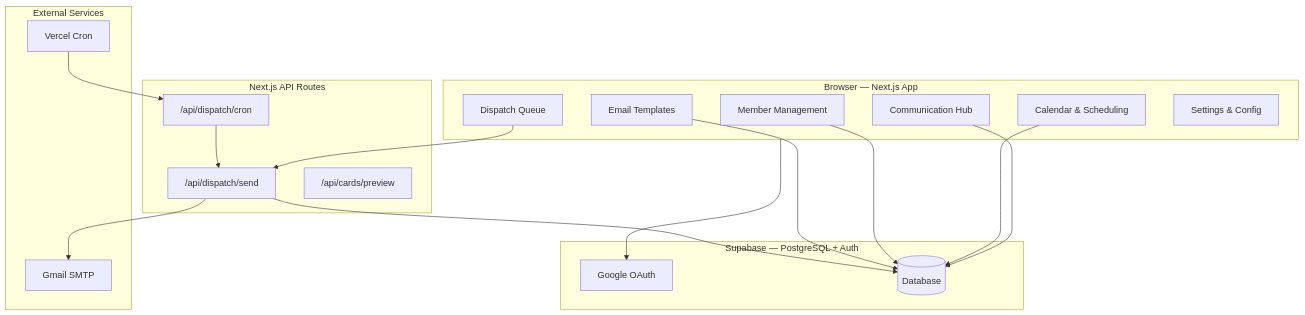
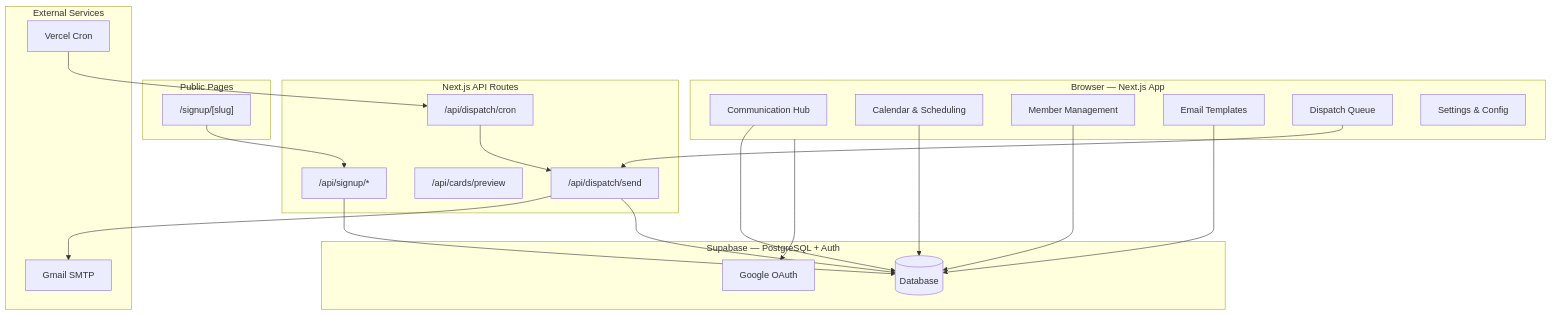
One commit to jpurusho/ccisr-connect changed the first of 5 diagrams in README.md. Above: the diagram before and after it, drawn with Mermaid. The commit also changed other lines of this file, not shown here.

First line of the commit message:
docs: update README with signup forms, template styling, architecture diagrams

````diff
--- a/README.md
+++ b/README.md
@@ -53,38 +72,45 @@
 ```mermaid
 graph TB
     subgraph Client["Browser — Next.js App"]
         Dashboard[Communication Hub]
         Calendar[Calendar & Scheduling]
         Members[Member Management]
         Templates[Email Templates]
         Dispatch[Dispatch Queue]
         Settings[Settings & Config]
     end
 
     subgraph API["Next.js API Routes"]
         SendAPI["/api/dispatch/send"]
         CronAPI["/api/dispatch/cron"]
         PreviewAPI["/api/cards/preview"]
+        SignupAPI["/api/signup/*"]
+    end
+
+    subgraph Public["Public Pages"]
+        SignupPage["/signup/[slug]"]
     end
 
     subgraph Supabase["Supabase — PostgreSQL + Auth"]
         Auth[Google OAuth]
         DB[(Database)]
     end
 
     subgraph External["External Services"]
         SMTP[Gmail SMTP]
         Vercel[Vercel Cron]
     end
 
     Dashboard --> DB
     Calendar --> DB
     Members --> DB
     Templates --> DB
     Dispatch --> SendAPI
     SendAPI --> SMTP
     SendAPI --> DB
     Vercel --> CronAPI
     CronAPI --> SendAPI
+    SignupPage --> SignupAPI
+    SignupAPI --> DB
     Client --> Auth
 ```
````
